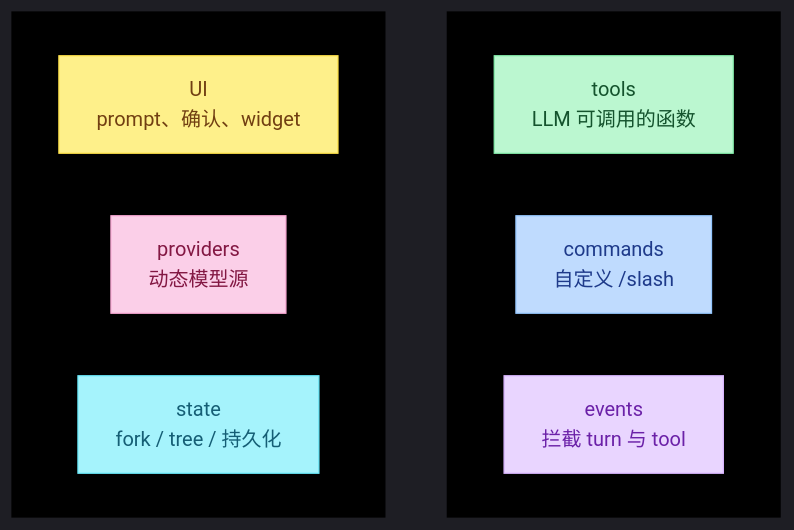
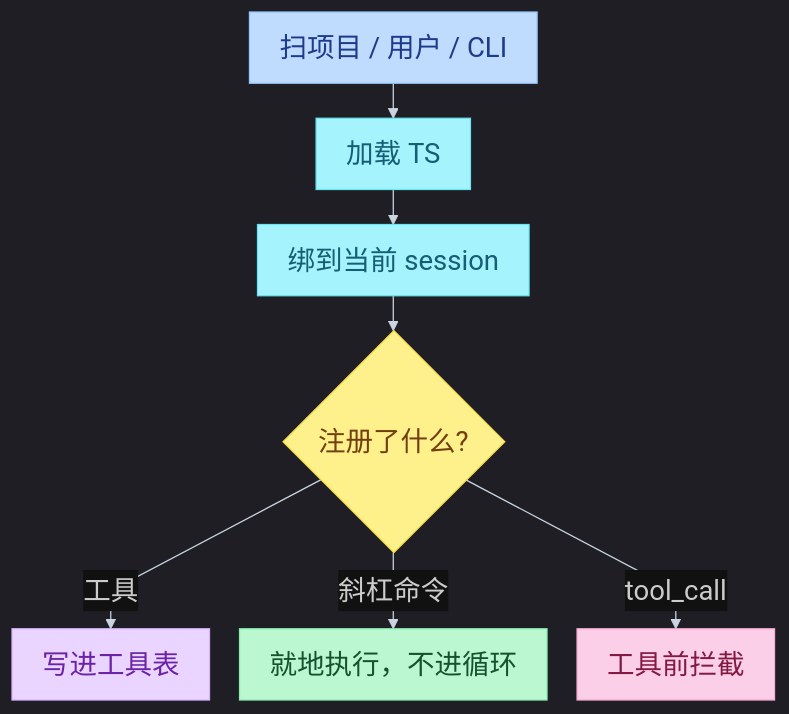
Before and after one commit to juliepy/AI-Engineer-from-scrach: the second of 2 diagrams in 13-pi-agent/07-Capability.md, drawn with Mermaid. The commit also changed other lines of this file and 4 other files, not shown here.

Commit message:
Rewrite Pi sessions through Interactive notes around source call traces and three-layer diagrams.

````diff
--- a/13-pi-agent/07-Capability.md
+++ b/13-pi-agent/07-Capability.md
@@ -159,33 +168,24 @@
 ```mermaid
-%%{init: {"theme": "dark", "themeVariables": {"fontSize": "16px", "background": "#000000", "lineColor": "#000000", "clusterBkg": "#000000", "clusterBorder": "#000000", "titleColor": "#FDE68A"}}}%%
+%%{init: {"theme": "dark", "flowchart": {"curve": "linear", "rankSpacing": 28, "nodeSpacing": 24, "padding": 12, "useMaxWidth": false, "htmlLabels": true}, "themeVariables": {"fontSize": "22px", "background": "#000000", "lineColor": "#CBD5E1", "edgeLabelBackground": "#111111"}, "themeCSS": ".nodeLabel,.label,span{font-size:22px!important}"}}%%
 flowchart TB
-    subgraph row1[" "]
-        direction LR
-        T["tools<br/>LLM 可调用的函数"]
-        C["commands<br/>自定义 /slash"]
-        E["events<br/>拦截 turn 与 tool"]
-    end
+    DISC["扫项目 / 用户 / CLI"] --> LOAD["加载 TS"]
+    LOAD --> BIND["绑到当前 session"]
+    BIND --> WHAT{"注册了什么?"}
+    WHAT -->|工具| T["写进工具表"]
+    WHAT -->|斜杠命令| C["就地执行，不进循环"]
+    WHAT -->|tool_call| B["工具前拦截"]
 
-    subgraph row2[" "]
-        direction LR
-        U["UI<br/>prompt、确认、widget"]
-        P["providers<br/>动态模型源"]
-        S["state<br/>fork / tree / 持久化"]
-    end
+    classDef start fill:#BFDBFE,stroke:#93C5FD,color:#1E3A8A,font-size:22px
+    classDef step fill:#A5F3FC,stroke:#67E8F9,color:#155E75,font-size:22px
+    classDef dec fill:#FEF08A,stroke:#FDE047,color:#713F12,font-size:22px
+    classDef prod fill:#E9D5FF,stroke:#D8B4FE,color:#6B21A8,font-size:22px
+    classDef ok fill:#BBF7D0,stroke:#86EFAC,color:#14532D,font-size:22px
+    classDef bad fill:#FBCFE8,stroke:#F9A8D4,color:#831843,font-size:22px
 
-    classDef tools fill:#BBF7D0,stroke:#86EFAC,color:#14532D
-    classDef cmds fill:#BFDBFE,stroke:#93C5FD,color:#1E3A8A
-    classDef ev fill:#E9D5FF,stroke:#D8B4FE,color:#6B21A8
-    classDef ui fill:#FEF08A,stroke:#FDE047,color:#713F12
-    classDef prov fill:#FBCFE8,stroke:#F9A8D4,color:#831843
-    classDef st fill:#A5F3FC,stroke:#67E8F9,color:#155E75
-    classDef hid fill:#000000,stroke:#000000,color:#000000
-
-    class T tools
-    class C cmds
-    class E ev
-    class U ui
-    class P prov
-    class S st
-    class row1,row2 hid
+    class DISC start
+    class LOAD,BIND step
+    class WHAT dec
+    class T prod
+    class C ok
+    class B bad
 ```
````
